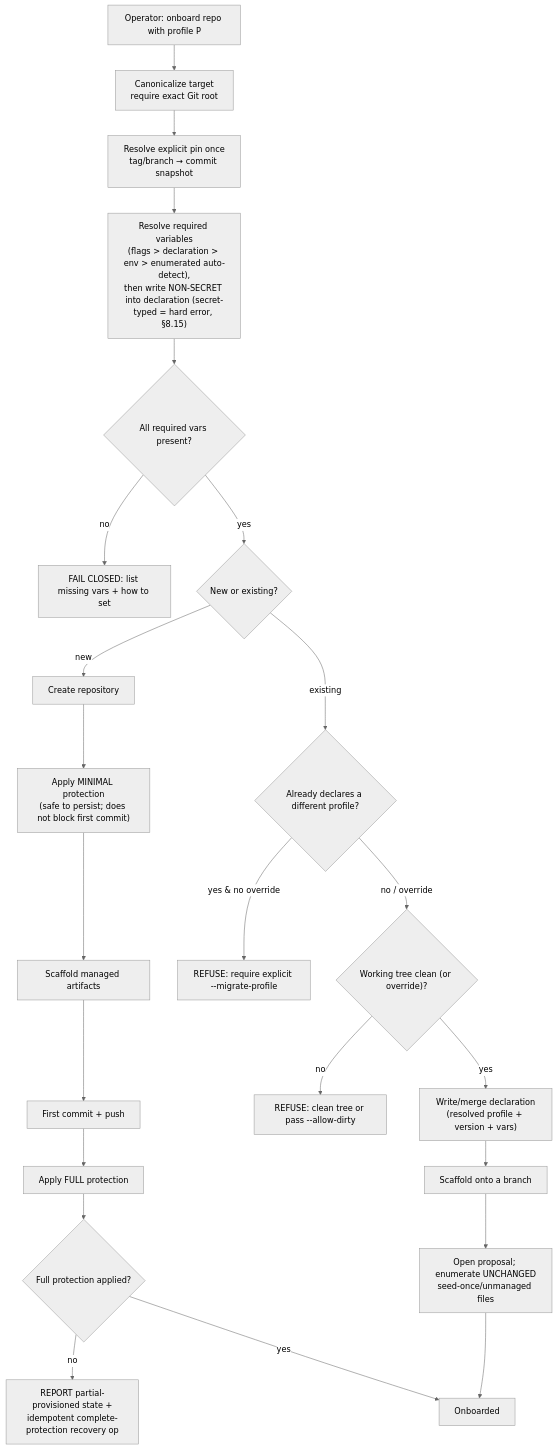
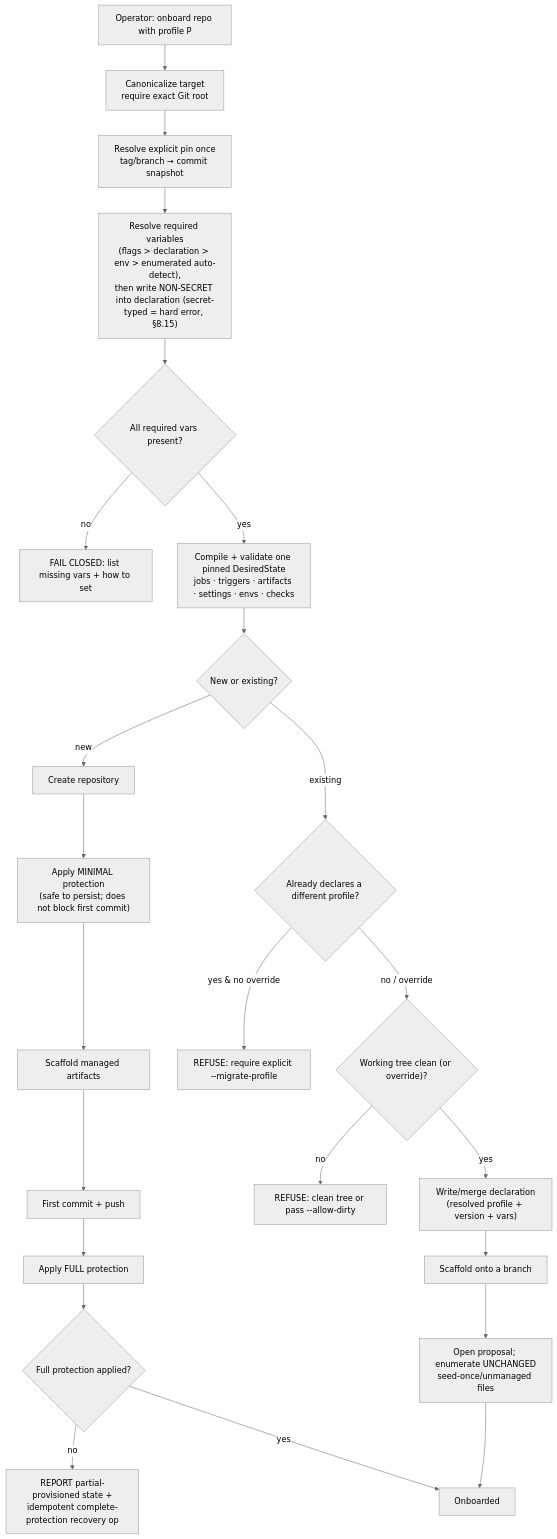
One commit to amattas/aviato changed the diagram in docs/specifications/modules/onboarding/flow.md. Above: the diagram before and after it, drawn with Mermaid (neutral theme). The commit also changed other lines of this file and 29 other files, not shown here.

Commit message:
feat(core): compile pipeline-owned workflow graphs

````diff
--- a/docs/specifications/modules/onboarding/flow.md
+++ b/docs/specifications/modules/onboarding/flow.md
@@ -86,27 +94,28 @@
 ```mermaid
 flowchart TD
     Start["Operator: onboard repo with profile P"] --> Root["Canonicalize target<br/>require exact Git root"]
     Root --> Pin["Resolve explicit pin once<br/>tag/branch → commit snapshot"]
     Pin --> Vars["Resolve required variables<br/>(flags > declaration > env > enumerated auto-detect),<br/>then write NON-SECRET into declaration (secret-typed = hard error, §8.15)"]
     Vars --> V{"All required vars present?"}
     V -- no --> Vfail["FAIL CLOSED: list missing vars + how to set"]
-    V -- yes --> Mode{"New or existing?"}
+    V -- yes --> Compile["Compile + validate one pinned DesiredState<br/>jobs · triggers · artifacts · settings · envs · checks"]
+    Compile --> Mode{"New or existing?"}
 
     Mode -- new --> N1["Create repository"]
     N1 --> N2["Apply MINIMAL protection<br/>(safe to persist; does not block first commit)"]
     N2 --> N3["Scaffold managed artifacts"]
     N3 --> N4["First commit + push"]
     N4 --> N5["Apply FULL protection"]
     N5 --> N6{"Full protection applied?"}
     N6 -- no --> N7["REPORT partial-provisioned state +<br/>idempotent complete-protection recovery op"]
     N6 -- yes --> Done["Onboarded"]
 
     Mode -- existing --> E0{"Already declares a different profile?"}
     E0 -- "yes & no override" --> Emig["REFUSE: require explicit --migrate-profile"]
     E0 -- "no / override" --> E1{"Working tree clean (or override)?"}
     E1 -- no --> Edirty["REFUSE: clean tree or pass --allow-dirty"]
     E1 -- yes --> E2["Write/merge declaration<br/>(resolved profile + version + vars)"]
     E2 --> E3["Scaffold onto a branch"]
     E3 --> E4["Open proposal; enumerate UNCHANGED<br/>seed-once/unmanaged files"]
     E4 --> Done
 ```
````
